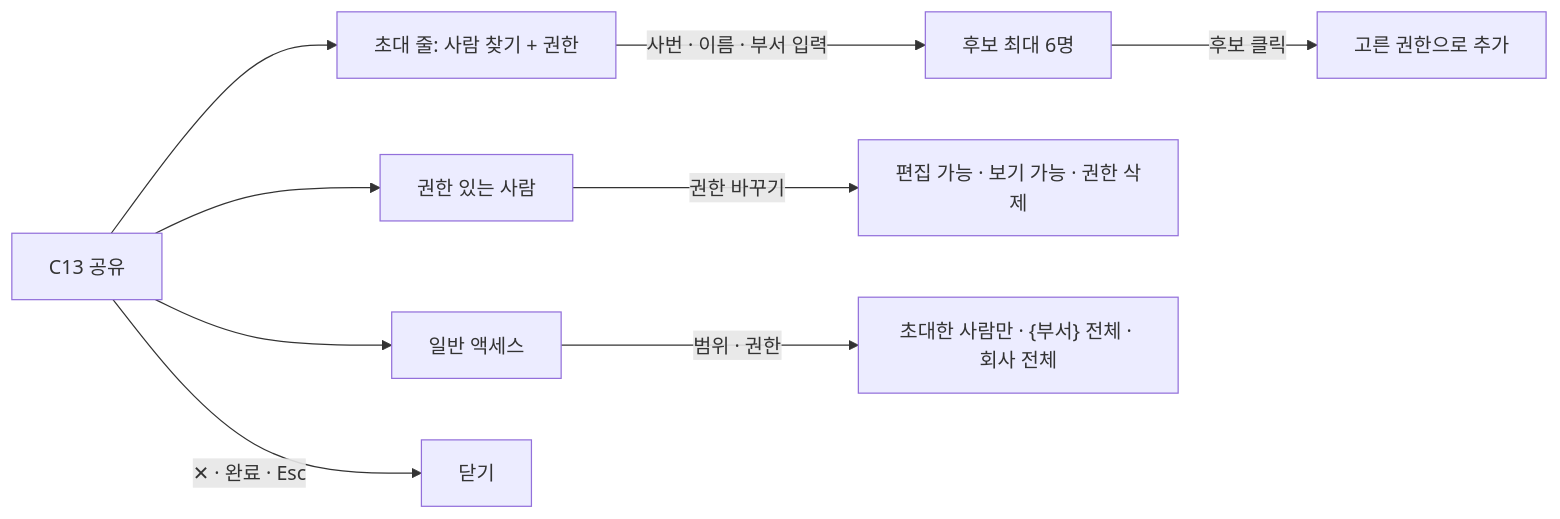
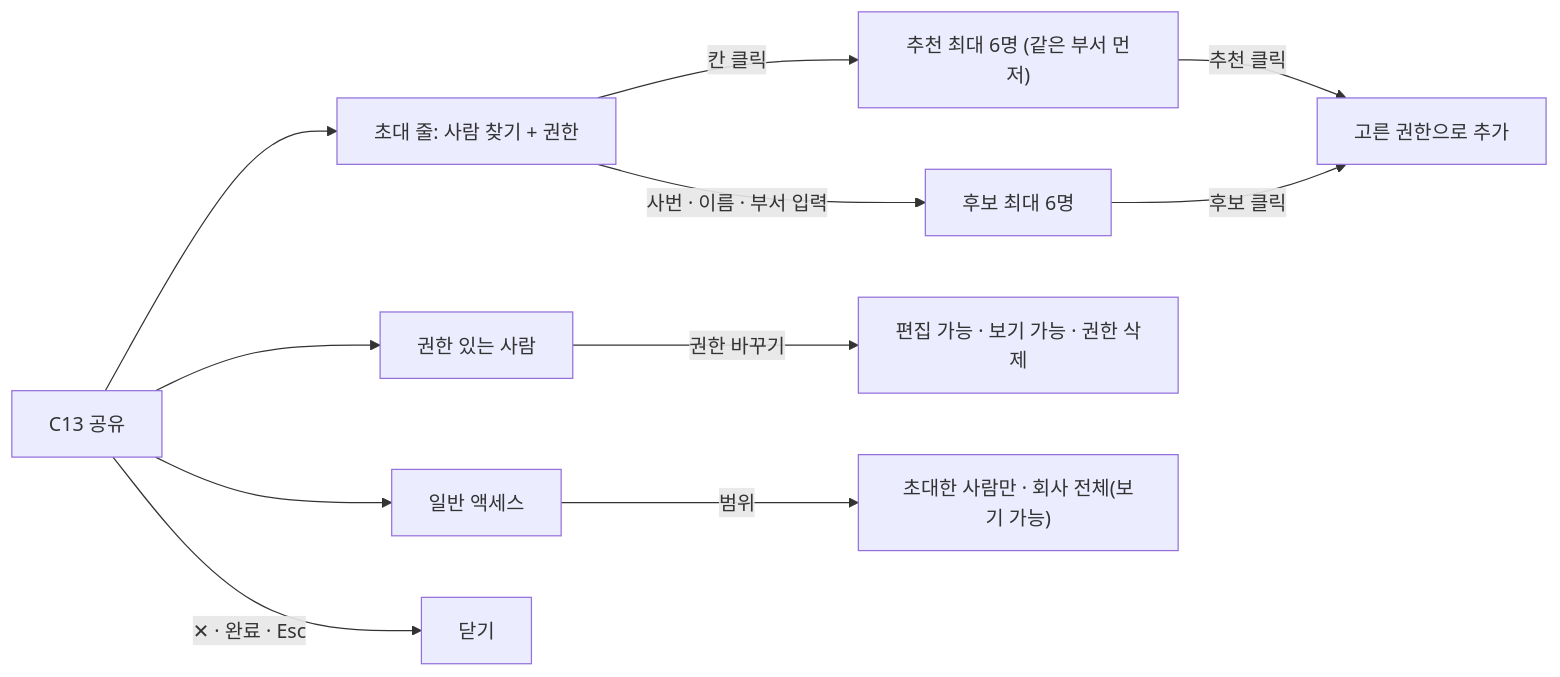
One commit to vamos-team/telescope changed the tenth of 12 diagrams in docs/frontend/ia.md. Above: the diagram before and after it, drawn with Mermaid. The commit also changed other lines of this file and 14 other files, not shown here.

````diff
--- a/docs/frontend/ia.md
+++ b/docs/frontend/ia.md
@@ -415,11 +398,13 @@
 ```mermaid
 flowchart LR
   SH["C13 공유"] --> I["초대 줄: 사람 찾기 + 권한"]
   SH --> P["권한 있는 사람"]
   SH --> G["일반 액세스"]
+  I -->|"칸 클릭"| I0["추천 최대 6명 (같은 부서 먼저)"]
   I -->|"사번 · 이름 · 부서 입력"| I1["후보 최대 6명"]
+  I0 -->|추천 클릭| I2
   I1 -->|후보 클릭| I2["고른 권한으로 추가"]
   P -->|권한 바꾸기| P1["편집 가능 · 보기 가능 · 권한 삭제"]
-  G -->|범위 · 권한| G1["초대한 사람만 · {부서} 전체 · 회사 전체"]
+  G -->|범위| G1["초대한 사람만 · 회사 전체(보기 가능)"]
   SH -->|"✕ · 완료 · Esc"| X["닫기"]
 ```
````
